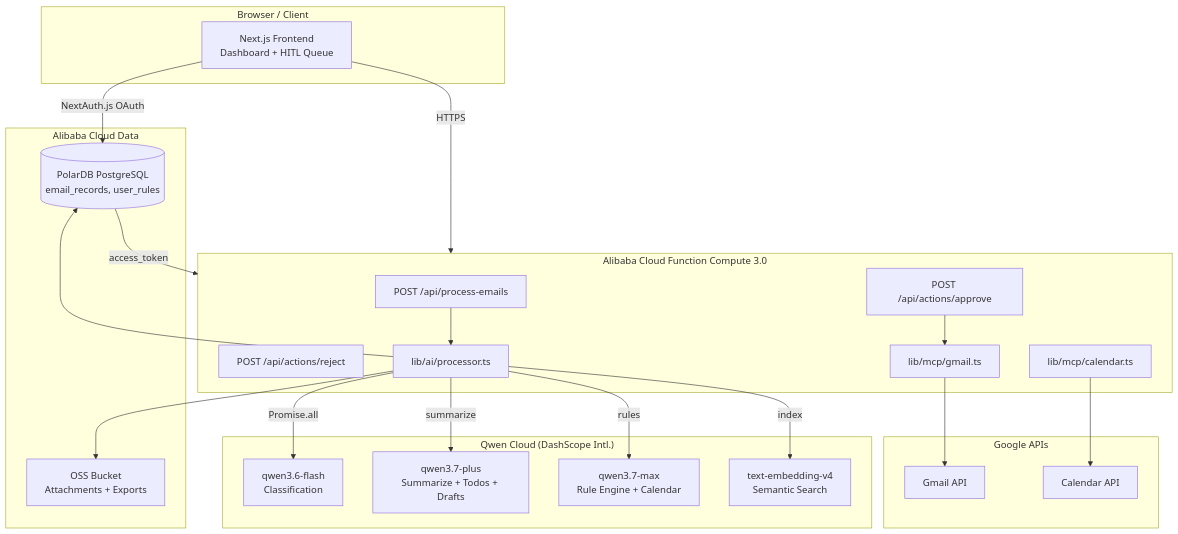
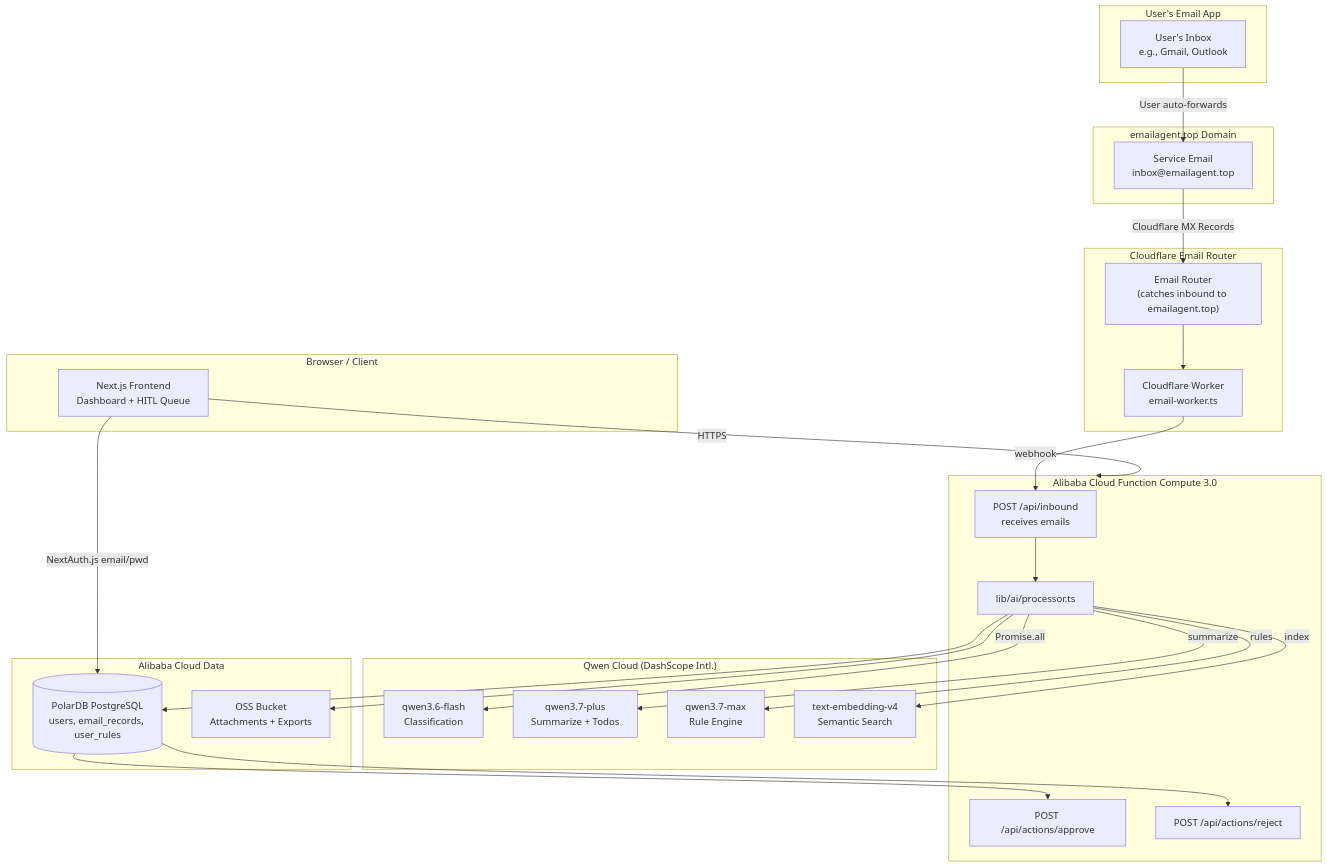
Before and after one commit to Jiangye-Song/EmailAgent: the diagram in PLAN.md, drawn with Mermaid. The commit also changed other lines of this file and 18 other files, not shown here.

````diff
--- a/PLAN.md
+++ b/PLAN.md
@@ -50,46 +52,54 @@
 ```mermaid
 graph TB
+    subgraph UserMail["User's Email App"]
+        INBOX[User's Inbox\ne.g., Gmail, Outlook]
+    end
+
+    subgraph ServiceEmail["emailagent.top Domain"]
+        SVC_EMAIL["Service Email\ninbox@emailagent.top"]
+    end
+
+    subgraph Cloudflare["Cloudflare Email Router"]
+        CF_ROUTER["Email Router\n(catches inbound to emailagent.top)"]
+        CF_WORKER["Cloudflare Worker\nemail-worker.ts"]
+    end
+
     subgraph Client["Browser / Client"]
         UI[Next.js Frontend\nDashboard + HITL Queue]
     end
 
     subgraph AliyunFC["Alibaba Cloud Function Compute 3.0"]
-        API_PE[POST /api/process-emails]
+        API_INBOUND[POST /api/inbound\nreceives emails]
         API_APR[POST /api/actions/approve]
         API_REJ[POST /api/actions/reject]
         LIB_PROC[lib/ai/processor.ts]
-        LIB_GMAIL[lib/mcp/gmail.ts]
-        LIB_CAL[lib/mcp/calendar.ts]
     end
 
     subgraph QwenCloud["Qwen Cloud (DashScope Intl.)"]
         M_FLASH[qwen3.6-flash\nClassification]
-        M_PLUS[qwen3.7-plus\nSummarize + Todos + Drafts]
-        M_MAX[qwen3.7-max\nRule Engine + Calendar]
+        M_PLUS[qwen3.7-plus\nSummarize + Todos]
+        M_MAX[qwen3.7-max\nRule Engine]
         M_EMBED[text-embedding-v4\nSemantic Search]
     end
 
     subgraph AliyunData["Alibaba Cloud Data"]
-        POLAR[(PolarDB PostgreSQL\nemail_records, user_rules)]
+        POLAR[(PolarDB PostgreSQL\nusers, email_records, user_rules)]
         OSS[OSS Bucket\nAttachments + Exports]
     end
 
-    subgraph Google["Google APIs"]
-        GMAIL[Gmail API]
-        GCAL[Calendar API]
-    end
-
-    UI -->|HTTPS| AliyunFC
-    API_PE --> LIB_PROC
-    API_APR --> LIB_GMAIL
+    INBOX -->|User auto-forwards| SVC_EMAIL
+    SVC_EMAIL -->|Cloudflare MX Records| CF_ROUTER
+    CF_ROUTER --> CF_WORKER
+    CF_WORKER -->|webhook| API_INBOUND
+    API_INBOUND --> LIB_PROC
     LIB_PROC -->|Promise.all| M_FLASH
     LIB_PROC -->|summarize| M_PLUS
     LIB_PROC -->|rules| M_MAX
     LIB_PROC -->|index| M_EMBED
     LIB_PROC --> POLAR
     LIB_PROC --> OSS
-    LIB_GMAIL --> GMAIL
-    LIB_CAL --> GCAL
-    UI -->|NextAuth.js OAuth| POLAR
-    POLAR -->|access_token| AliyunFC
+    UI -->|HTTPS| AliyunFC
+    UI -->|NextAuth.js email/pwd| POLAR
+    POLAR --> API_APR
+    POLAR --> API_REJ
 ```
````
